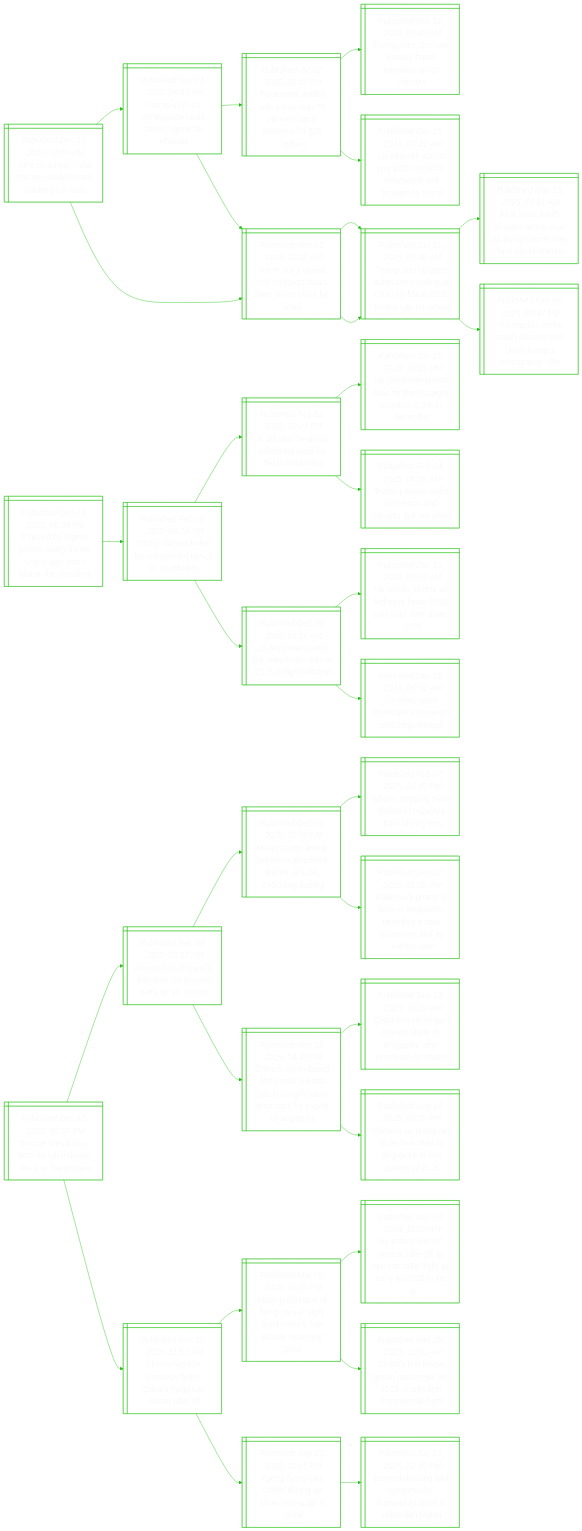
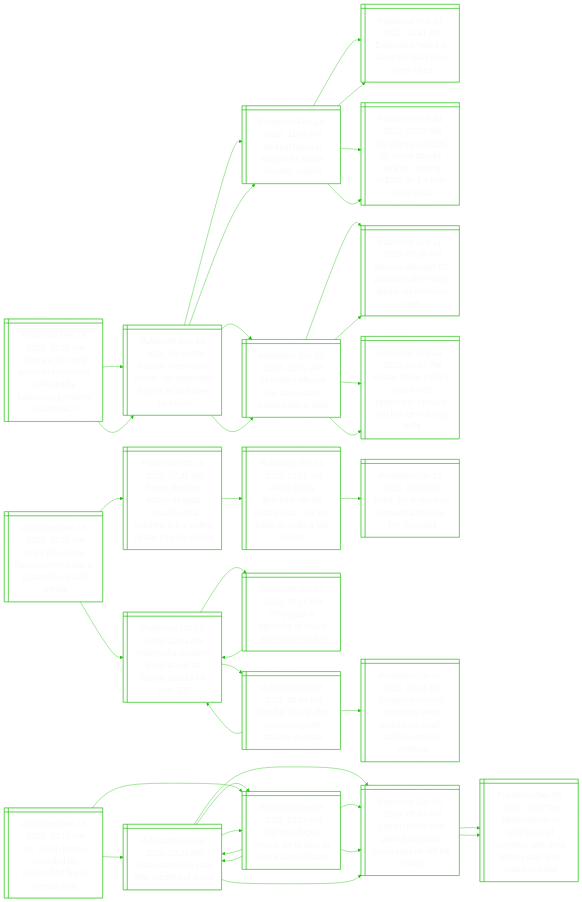
One commit to notJmes/notJmes changed the diagram in README.md. Above: the diagram before and after it, drawn with Mermaid. The commit also changed other lines of this file, not shown here.

````diff
--- a/README.md
+++ b/README.md
@@ -16,106 +16,121 @@
 flowchart LR
 classDef txtsize font-size:20px;
 
-PnHisnekCd@{ shape: win-pane, label: "_Published Dec 13, 2025, 07:09 PM_
-‘pins on a map’: how chicago students are tracking ice raids" }
-TsSgodeneh@{ shape: win-pane, label: "_Published Nov 03, 2025, 06:40 AM_
-Trump says us immigration raids ‘haven’t gone far enough’" }
-PoesToisiewin@{ shape: win-pane, label: "_Published Jul 02, 2025, 02:09 PM_
-Paramount settles with trump over 60 minutes harris interview for $20 million" }
-TsBrlrteis@{ shape: win-pane, label: "_Published Nov 01, 2024, 05:40 AM_
-Trump sues cbs over kamala harris interview on 60 minutes" }
-UwBasemnbhr@{ shape: win-pane, label: "_Published Dec 15, 2024, 07:40 AM_
-Us network abc to pay $20m to settle defamation suit brought by trump" }
-WoocholeEko@{ shape: win-pane, label: "_Published Nov 03, 2025, 12:11 AM_
-‘we’re not a violent city’: chicago locals take on ice block by block" }
-Tseessifsocrd@{ shape: win-pane, label: "_Published Oct 31, 2025, 01:46 AM_
-Trump sets refugee admissions ceiling at 7,500 for fiscal 2026, lowest cap on record" }
-WoocholeEko@{ shape: win-pane, label: "_Published Nov 03, 2025, 12:11 AM_
-‘we’re not a violent city’: chicago locals take on ice block by block" }
-Tseessifsocrd@{ shape: win-pane, label: "_Published Oct 31, 2025, 01:46 AM_
-Trump sets refugee admissions ceiling at 7,500 for fiscal 2026, lowest cap on record" }
-FwSAarnTcsfimi@{ shape: win-pane, label: "_Published May 13, 2025, 04:01 AM_
-First white south africans arrive in us as trump claims they face discrimination" }
-Nniursdrirnr@{ shape: win-pane, label: "_Published Feb 09, 2025, 09:47 PM_
-‘no thanks’, white south africans turn down trump’s immigration offer" }
+WeoonssayrniLh@{ shape: win-pane, label: "_Published Dec 13, 2025, 10:53 PM_
+Who are the most prominent prisoners released by belarusian president lukashenko?" }
+BueenpsnrUecs@{ shape: win-pane, label: "_Published Dec 13, 2025, 08:43 PM_
+Belarus frees nobel winner, top opposition figures as us eases sanctions" }
+DsruasvUn@{ shape: win-pane, label: "_Published Feb 24, 2022, 11:01 AM_
+'darkest hours of europe' as russia invades ukraine" }
+Eshiaalocs@{ shape: win-pane, label: "_Published Feb 24, 2022, 12:41 PM_
+Explosions heard in ukraine capital kyiv, other cities" }
+OaUuakaogrmc@{ shape: win-pane, label: "_Published Feb 24, 2022, 05:20 PM_
+Oil soars to us$105 as russia attacks ukraine, topping us$100 for 1st time since 2014" }
+Uioiaetsesl@{ shape: win-pane, label: "_Published Sep 16, 2025, 12:51 AM_
+Us military officials pay rare visit to russia-belarus drills" }
+BuepnfrpUaa@{ shape: win-pane, label: "_Published Sep 11, 2025, 08:08 PM_
+Belarus releases 52 prisoners after trump appeal, us embassy says" }
+Raeimehsmlderr@{ shape: win-pane, label: "_Published Sep 14, 2025, 04:50 PM_
+Russia flexes military muscle with hypersonic missiles and bombers during drills" }
+BueenpsnrUecs@{ shape: win-pane, label: "_Published Dec 13, 2025, 08:43 PM_
+Belarus frees nobel winner, top opposition figures as us eases sanctions" }
+DsruasvUn@{ shape: win-pane, label: "_Published Feb 24, 2022, 11:01 AM_
+'darkest hours of europe' as russia invades ukraine" }
+Eshiaalocs@{ shape: win-pane, label: "_Published Feb 24, 2022, 12:41 PM_
+Explosions heard in ukraine capital kyiv, other cities" }
+OaUuakaogrmc@{ shape: win-pane, label: "_Published Feb 24, 2022, 05:20 PM_
+Oil soars to us$105 as russia attacks ukraine, topping us$100 for 1st time since 2014" }
+Uioiaetsesl@{ shape: win-pane, label: "_Published Sep 16, 2025, 12:51 AM_
+Us military officials pay rare visit to russia-belarus drills" }
+BuepnfrpUaa@{ shape: win-pane, label: "_Published Sep 11, 2025, 08:08 PM_
+Belarus releases 52 prisoners after trump appeal, us embassy says" }
+Raeimehsmlderr@{ shape: win-pane, label: "_Published Sep 14, 2025, 04:50 PM_
+Russia flexes military muscle with hypersonic missiles and bombers during drills" }
 
-PnHisnekCd:::txtsize --> TsSgodeneh:::txtsize
-TsSgodeneh:::txtsize --> PoesToisiewin:::txtsize
-PoesToisiewin:::txtsize --> TsBrlrteis:::txtsize
-PoesToisiewin:::txtsize --> UwBasemnbhr:::txtsize
-TsSgodeneh:::txtsize --> WoocholeEko:::txtsize
-WoocholeEko:::txtsize --> Tseessifsocrd:::txtsize
-PnHisnekCd:::txtsize --> WoocholeEko:::txtsize
-WoocholeEko:::txtsize --> Tseessifsocrd:::txtsize
-Tseessifsocrd:::txtsize --> FwSAarnTcsfimi:::txtsize
-Tseessifsocrd:::txtsize --> Nniursdrirnr:::txtsize
+WeoonssayrniLh:::txtsize --> BueenpsnrUecs:::txtsize
+BueenpsnrUecs:::txtsize --> DsruasvUn:::txtsize
+DsruasvUn:::txtsize --> Eshiaalocs:::txtsize
+DsruasvUn:::txtsize --> OaUuakaogrmc:::txtsize
+BueenpsnrUecs:::txtsize --> Uioiaetsesl:::txtsize
+Uioiaetsesl:::txtsize --> BuepnfrpUaa:::txtsize
+Uioiaetsesl:::txtsize --> Raeimehsmlderr:::txtsize
+WeoonssayrniLh:::txtsize --> BueenpsnrUecs:::txtsize
+BueenpsnrUecs:::txtsize --> DsruasvUn:::txtsize
+DsruasvUn:::txtsize --> Eshiaalocs:::txtsize
+DsruasvUn:::txtsize --> OaUuakaogrmc:::txtsize
+BueenpsnrUecs:::txtsize --> Uioiaetsesl:::txtsize
+Uioiaetsesl:::txtsize --> BuepnfrpUaa:::txtsize
+Uioiaetsesl:::txtsize --> Raeimehsmlderr:::txtsize
 
-PeipsTvsoaei@{ shape: win-pane, label: "_Published Dec 13, 2025, 06:39 PM_
-Pinched by higher prices, many trump voters say: don’t blame the president" }
-Tbsnncpini@{ shape: win-pane, label: "_Published Feb 13, 2025, 04:29 AM_
-Trump blames biden for unexpected uptick in us inflation" }
-UlnslisFha@{ shape: win-pane, label: "_Published Feb 12, 2025, 10:14 PM_
-Us inflation heats up, bolstering case for fed to hold rates" }
-UspsfirthDb@{ shape: win-pane, label: "_Published Jan 15, 2025, 10:05 PM_
-Us consumer prices rose for third straight month to 2.9% in december" }
-TpsfMoabta@{ shape: win-pane, label: "_Published Feb 04, 2025, 08:15 AM_
-Trump pauses tariffs on mexico and canada, but not china" }
-Ulssewtota@{ shape: win-pane, label: "_Published Dec 19, 2024, 03:15 AM_
-Us fed lowers rates but sees fewer cuts in 2025 to fight inflation" }
-Ucmsywtso@{ shape: win-pane, label: "_Published Dec 19, 2024, 05:37 AM_
-Us stocks tumble as fed eyes fewer 2025 rate cuts, dow down 2.6%" }
-Ualoeonne@{ shape: win-pane, label: "_Published Dec 18, 2024, 08:00 AM_
-Us retail sales showcase economy’s enduring strength" }
+Ilsoamrzirm@{ shape: win-pane, label: "_Published Dec 13, 2025, 10:28 PM_
+Israel kills senior hamas commander in gaza strike: israeli media" }
+Tdrcaaededlncbs@{ shape: win-pane, label: "_Published Oct 14, 2025, 07:45 PM_
+Trump declares victory as gaza ceasefire deal reached, but a lasting peace may be elusive" }
+PflcoMeNelale@{ shape: win-pane, label: "_Published Oct 14, 2025, 12:05 AM_
+Peace finally descends on the middle east: now the battle to make it last begins" }
+TjIlmnest@{ shape: win-pane, label: "_Published Oct 13, 2025, 03:10 PM_
+Tears, joy in israel as hamas hands over first hostages" }
+NyeeawHakl@{ shape: win-pane, label: "_Published Oct 07, 2023, 12:04 PM_
+Netanyahu declares israel at war as hamas attacks kill over 100" }
+WzptIleint@{ shape: win-pane, label: "_Published Oct 07, 2023, 05:15 PM_
+Why gaza is epicentre of israeli-palestinian conflict" }
+NyeeawHakl@{ shape: win-pane, label: "_Published Oct 07, 2023, 12:04 PM_
+Netanyahu declares israel at war as hamas attacks kill over 100" }
+Wiceapaks@{ shape: win-pane, label: "_Published Oct 07, 2023, 06:44 PM_
+World in shock after hamas surprise attacks on israel" }
+NyeeawHakl@{ shape: win-pane, label: "_Published Oct 07, 2023, 12:04 PM_
+Netanyahu declares israel at war as hamas attacks kill over 100" }
+SptldtrcIlsnic@{ shape: win-pane, label: "_Published Oct 07, 2023, 10:24 PM_
+Singapore strongly condemns terror attacks on israel, calls for end to violence" }
 
-PeipsTvsoaei:::txtsize --> Tbsnncpini:::txtsize
-Tbsnncpini:::txtsize --> UlnslisFha:::txtsize
-UlnslisFha:::txtsize --> UspsfirthDb:::txtsize
-UlnslisFha:::txtsize --> TpsfMoabta:::txtsize
-Tbsnncpini:::txtsize --> Ulssewtota:::txtsize
-Ulssewtota:::txtsize --> Ucmsywtso:::txtsize
-Ulssewtota:::txtsize --> Ualoeonne:::txtsize
+Ilsoamrzirm:::txtsize --> Tdrcaaededlncbs:::txtsize
+Tdrcaaededlncbs:::txtsize --> PflcoMeNelale:::txtsize
+PflcoMeNelale:::txtsize --> TjIlmnest:::txtsize
+Ilsoamrzirm:::txtsize --> NyeeawHakl:::txtsize
+NyeeawHakl:::txtsize --> WzptIleint:::txtsize
+WzptIleint:::txtsize --> NyeeawHakl:::txtsize
+NyeeawHakl:::txtsize --> Wiceapaks:::txtsize
+Wiceapaks:::txtsize --> NyeeawHakl:::txtsize
+Wiceapaks:::txtsize --> SptldtrcIlsnic:::txtsize
 
-Eesyfrstnrt@{ shape: win-pane, label: "_Published Dec 13, 2025, 06:37 PM_
-Europe tries to buy time for car industry stuck in the present" }
-Atonrmbsau@{ shape: win-pane, label: "_Published Dec 09, 2025, 09:17 AM_
-Almost half of china’s first-time car buyers want an ev: survey" }
-MsAlhrstkubr@{ shape: win-pane, label: "_Published Dec 01, 2025, 01:00 PM_
-Malaysia pm anwar launches perodua’s first ev at $25k, excluding battery" }
-WsirvnyryV@{ shape: win-pane, label: "_Published Feb 07, 2025, 01:45 PM_
-What’s stopping more drivers in malaysia from buying evs" }
-Msriknregsodli@{ shape: win-pane, label: "_Published Sep 12, 2025, 01:30 PM_
-Malaysia’s proton is back in singapore, unveiling a new showroom and its electric suv" }
-CsVdfltthgnvsxtge@{ shape: win-pane, label: "_Published Nov 18, 2025, 04:40 PM_
-China’s nio ev brand firefly rolls out first batch of right-hand drive cars for export to singapore" }
-CEtikaSpfxire@{ shape: win-pane, label: "_Published Sep 10, 2025, 10:19 AM_
-China evs set to gain market share in singapore after extension of rebates" }
-Csriecnaisrf@{ shape: win-pane, label: "_Published Aug 18, 2025, 06:35 PM_
-Chinese ev brand nio to be launched in singapore in first quarter of 2026" }
-Erhpspnyatk@{ shape: win-pane, label: "_Published Nov 30, 2025, 11:51 AM_
-Electric vehicle prowess helps china’s flying car sector take off" }
-Mrtfnsginwtcy@{ shape: win-pane, label: "_Published Mar 09, 2025, 10:20 PM_
-Mass production of flying cars in sight amid china’s ‘low-altitude economy’ push" }
-HaeciafanftriU@{ shape: win-pane, label: "_Published Nov 07, 2024, 11:30 AM_
-Hyundai’s electric vertical take-off air taxi can take flight as early as 2028 in the us" }
-Cstgpnerrmii@{ shape: win-pane, label: "_Published May 28, 2023, 11:50 AM_
-China’s first home-grown passenger jet, c919, marks first commercial flight" }
-Xfgcdirrrna@{ shape: win-pane, label: "_Published Sep 17, 2025, 12:15 PM_
-Xpeng flying cars collide during air show rehearsal in china" }
-Bdidrtarsime@{ shape: win-pane, label: "_Published Jun 03, 2025, 02:45 PM_
-Beyond dancing and somersaults, humanoid robots in china aim higher" }
+Uirodiifnrr@{ shape: win-pane, label: "_Published Dec 13, 2025, 10:18 PM_
+Us, syrian forces wounded by unidentified fire in central syria" }
+Smoaepoa@{ shape: win-pane, label: "_Published Dec 08, 2025, 03:31 PM_
+Syria marks one year after toppling of assad" }
+SnltiARahtoy@{ shape: win-pane, label: "_Published Dec 08, 2024, 08:51 AM_
+Syrian rebels oust president assad; russia says he left the country" }
+Wasrsnnafriben@{ shape: win-pane, label: "_Published Dec 08, 2024, 06:07 PM_
+Whereabouts of syria's assad unknown, with army officers saying he boarded plane" }
+Sngtsssrod@{ shape: win-pane, label: "_Published Dec 08, 2025, 03:26 PM_
+Syrian refugee returns set to slow as donor support fades" }
+SnltiARahtoy@{ shape: win-pane, label: "_Published Dec 08, 2024, 08:51 AM_
+Syrian rebels oust president assad; russia says he left the country" }
+Smoaepoa@{ shape: win-pane, label: "_Published Dec 08, 2025, 03:31 PM_
+Syria marks one year after toppling of assad" }
+Sngtsssrod@{ shape: win-pane, label: "_Published Dec 08, 2025, 03:26 PM_
+Syrian refugee returns set to slow as donor support fades" }
+SnltiARahtoy@{ shape: win-pane, label: "_Published Dec 08, 2024, 08:51 AM_
+Syrian rebels oust president assad; russia says he left the country" }
+Wasrsnnafriben@{ shape: win-pane, label: "_Published Dec 08, 2024, 06:07 PM_
+Whereabouts of syria's assad unknown, with army officers saying he boarded plane" }
+Smoaepoa@{ shape: win-pane, label: "_Published Dec 08, 2025, 03:31 PM_
+Syria marks one year after toppling of assad" }
+SnltiARahtoy@{ shape: win-pane, label: "_Published Dec 08, 2024, 08:51 AM_
+Syrian rebels oust president assad; russia says he left the country" }
+Sngtsssrod@{ shape: win-pane, label: "_Published Dec 08, 2025, 03:26 PM_
+Syrian refugee returns set to slow as donor support fades" }
 
-Eesyfrstnrt:::txtsize --> Atonrmbsau:::txtsize
-Atonrmbsau:::txtsize --> MsAlhrstkubr:::txtsize
-MsAlhrstkubr:::txtsize --> WsirvnyryV:::txtsize
-MsAlhrstkubr:::txtsize --> Msriknregsodli:::txtsize
-Atonrmbsau:::txtsize --> CsVdfltthgnvsxtge:::txtsize
-CsVdfltthgnvsxtge:::txtsize --> CEtikaSpfxire:::txtsize
-CsVdfltthgnvsxtge:::txtsize --> Csriecnaisrf:::txtsize
-Eesyfrstnrt:::txtsize --> Erhpspnyatk:::txtsize
-Erhpspnyatk:::txtsize --> Mrtfnsginwtcy:::txtsize
-Mrtfnsginwtcy:::txtsize --> HaeciafanftriU:::txtsize
-Mrtfnsginwtcy:::txtsize --> Cstgpnerrmii:::txtsize
-Erhpspnyatk:::txtsize --> Xfgcdirrrna:::txtsize
-Xfgcdirrrna:::txtsize --> Bdidrtarsime:::txtsize
+Uirodiifnrr:::txtsize --> Smoaepoa:::txtsize
+Smoaepoa:::txtsize --> SnltiARahtoy:::txtsize
+SnltiARahtoy:::txtsize --> Wasrsnnafriben:::txtsize
+Smoaepoa:::txtsize --> Sngtsssrod:::txtsize
+Sngtsssrod:::txtsize --> SnltiARahtoy:::txtsize
+Sngtsssrod:::txtsize --> Smoaepoa:::txtsize
+Uirodiifnrr:::txtsize --> Sngtsssrod:::txtsize
+Sngtsssrod:::txtsize --> SnltiARahtoy:::txtsize
+SnltiARahtoy:::txtsize --> Wasrsnnafriben:::txtsize
+Sngtsssrod:::txtsize --> Smoaepoa:::txtsize
+Smoaepoa:::txtsize --> SnltiARahtoy:::txtsize
+Smoaepoa:::txtsize --> Sngtsssrod:::txtsize
 
 ```
````
